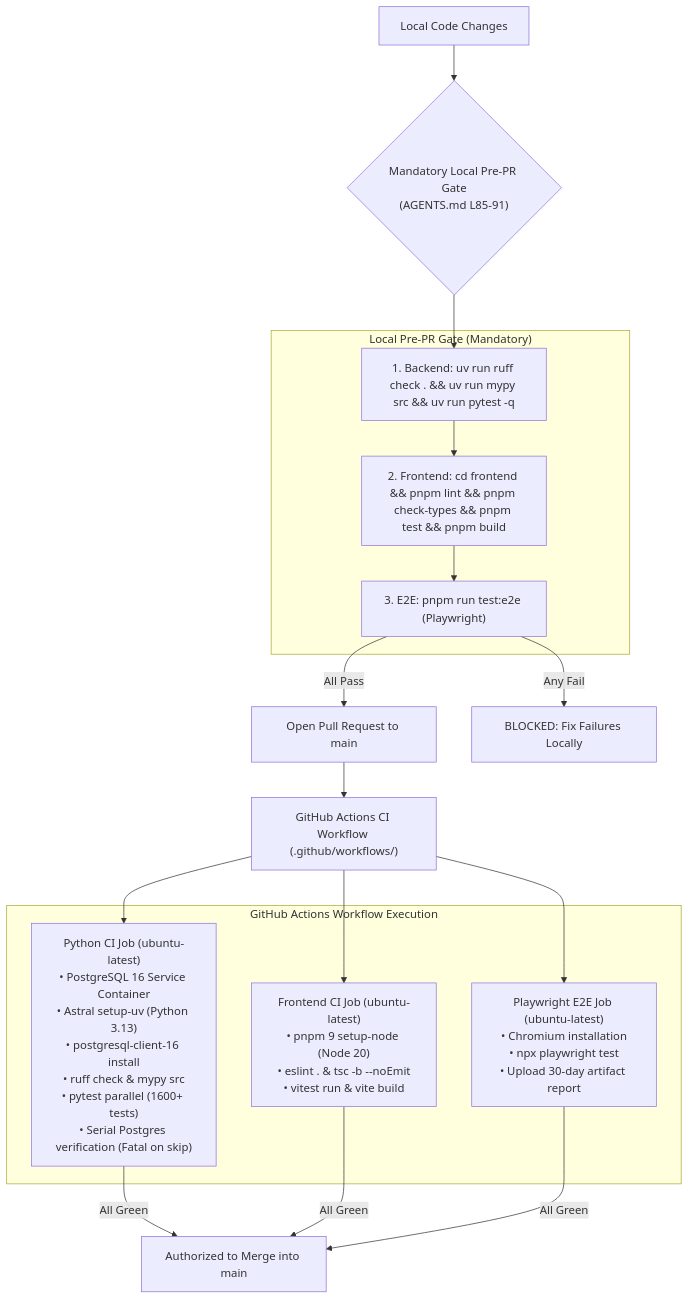
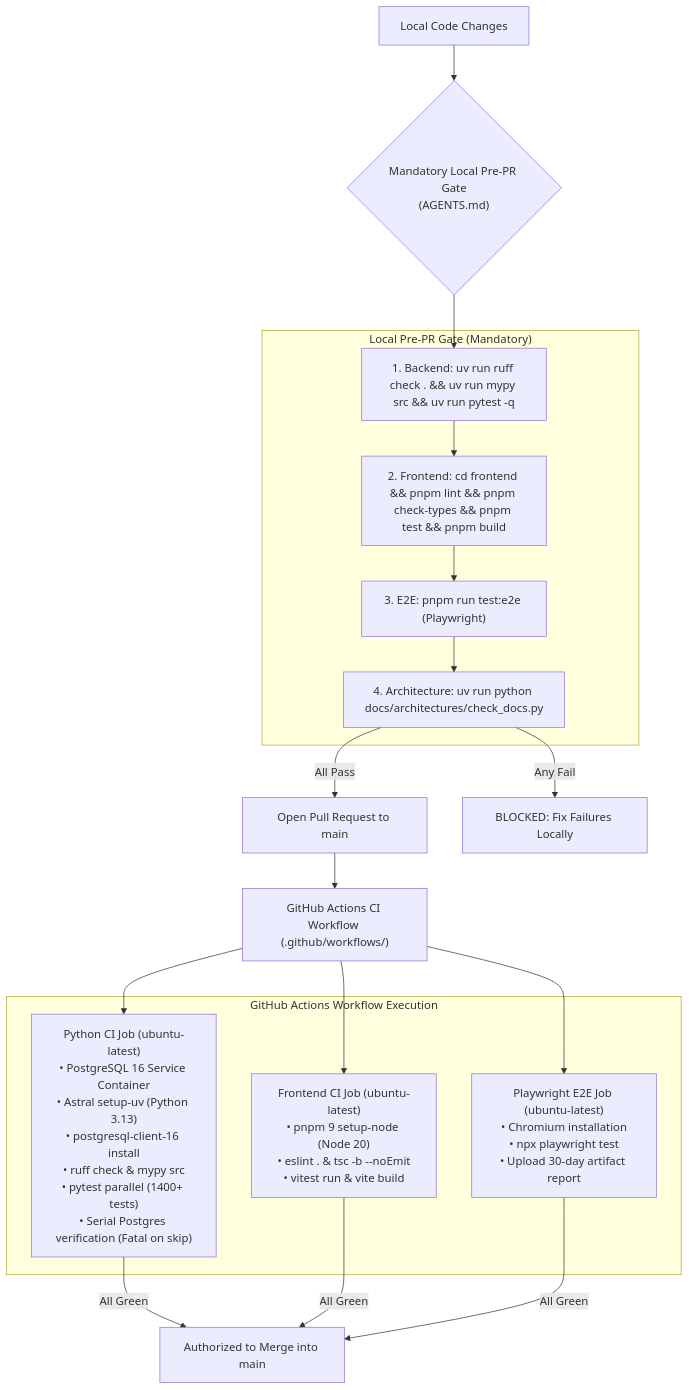
The sixth of 8 diagrams in docs/guides/SOFTWARE-DEVELOPMENT-CYCLE.md (MathematicGuy/EMAIL-AGENT-v1), drawn with Mermaid before and after one commit. The commit also changed other lines of this file and 6 other files, not shown here.

Commit message:
docs: sync overall architecture with C4 model in SDLC guide and README

````diff
--- a/docs/guides/SOFTWARE-DEVELOPMENT-CYCLE.md
+++ b/docs/guides/SOFTWARE-DEVELOPMENT-CYCLE.md
@@ -387,25 +443,26 @@
 ```mermaid
 flowchart TD
-    DEV["Local Code Changes"] --> PRE_PR{"Mandatory Local Pre-PR Gate<br/>(AGENTS.md L85-91)"}
-    
+    DEV["Local Code Changes"] --> PRE_PR{"Mandatory Local Pre-PR Gate<br/>(AGENTS.md)"}
+
     subgraph GATE_LOCAL["Local Pre-PR Gate (Mandatory)"]
         G1["1. Backend: uv run ruff check . && uv run mypy src && uv run pytest -q"]
         G2["2. Frontend: cd frontend && pnpm lint && pnpm check-types && pnpm test && pnpm build"]
         G3["3. E2E: pnpm run test:e2e (Playwright)"]
+        G4["4. Architecture: uv run python docs/architectures/check_docs.py"]
     end
 
-    PRE_PR --> G1 --> G2 --> G3
-    G3 -->|All Pass| PR["Open Pull Request to main"]
-    G3 -->|Any Fail| BLOCK["BLOCKED: Fix Failures Locally"]
+    PRE_PR --> G1 --> G2 --> G3 --> G4
+    G4 -->|All Pass| PR["Open Pull Request to main"]
+    G4 -->|Any Fail| BLOCK["BLOCKED: Fix Failures Locally"]
 
     PR --> GITHUB_CI["GitHub Actions CI Workflow (.github/workflows/)"]
 
     subgraph CI_JOBS["GitHub Actions Workflow Execution"]
-        CI_PY["Python CI Job (ubuntu-latest)<br/>• PostgreSQL 16 Service Container<br/>• Astral setup-uv (Python 3.13)<br/>• postgresql-client-16 install<br/>• ruff check & mypy src<br/>• pytest parallel (1600+ tests)<br/>• Serial Postgres verification (Fatal on skip)"]
+        CI_PY["Python CI Job (ubuntu-latest)<br/>• PostgreSQL 16 Service Container<br/>• Astral setup-uv (Python 3.13)<br/>• postgresql-client-16 install<br/>• ruff check & mypy src<br/>• pytest parallel (1400+ tests)<br/>• Serial Postgres verification (Fatal on skip)"]
         CI_FE["Frontend CI Job (ubuntu-latest)<br/>• pnpm 9 setup-node (Node 20)<br/>• eslint . & tsc -b --noEmit<br/>• vitest run & vite build"]
         CI_PW["Playwright E2E Job (ubuntu-latest)<br/>• Chromium installation<br/>• npx playwright test<br/>• Upload 30-day artifact report"]
     end
 
     GITHUB_CI --> CI_PY & CI_FE & CI_PW
     CI_PY & CI_FE & CI_PW -->|All Green| MERGE["Authorized to Merge into main"]
 ```
````
